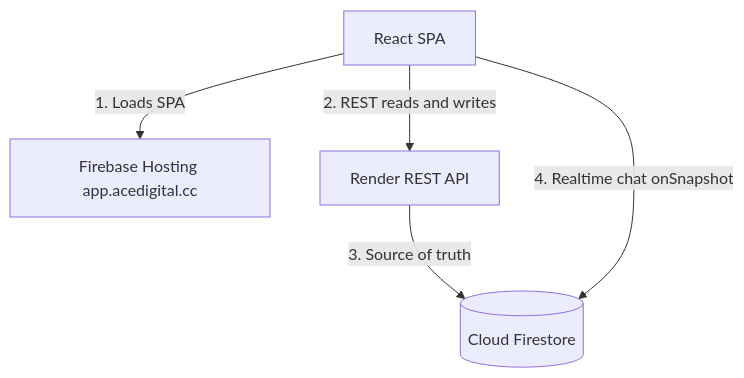
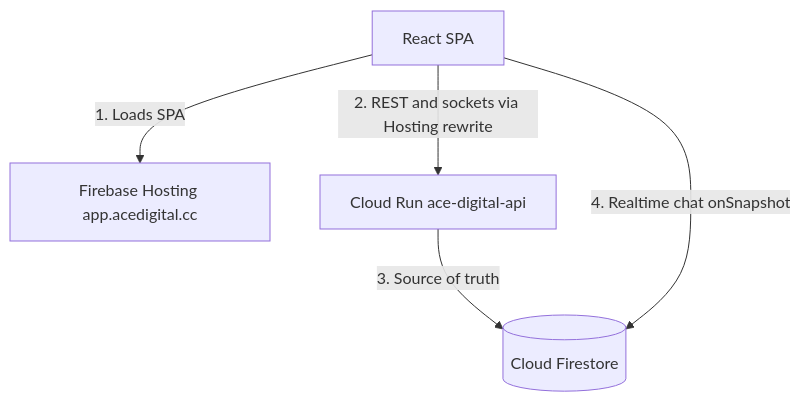
Before and after one commit to Ace-Groups/Ace-Digital: the second of 2 diagrams in README.md, drawn with Mermaid. The commit also changed other lines of this file and 36 other files, not shown here.

First line of the commit message:
Move the API from Render to Cloud Run scale-to-zero.

````diff
--- a/README.md
+++ b/README.md
@@ -23,12 +23,12 @@
 ```mermaid
 flowchart TD
   Browser[React SPA]
   Hosting[Firebase Hosting app.acedigital.cc]
-  API[Render REST API]
+  API[Cloud Run ace-digital-api]
   Firestore[(Cloud Firestore)]
 
   Browser -->|1. Loads SPA| Hosting
-  Browser -->|2. REST reads and writes| API
+  Browser -->|2. REST and sockets via Hosting rewrite| API
   API -->|3. Source of truth| Firestore
   Browser -->|4. Realtime chat onSnapshot| Firestore
 ```
````
